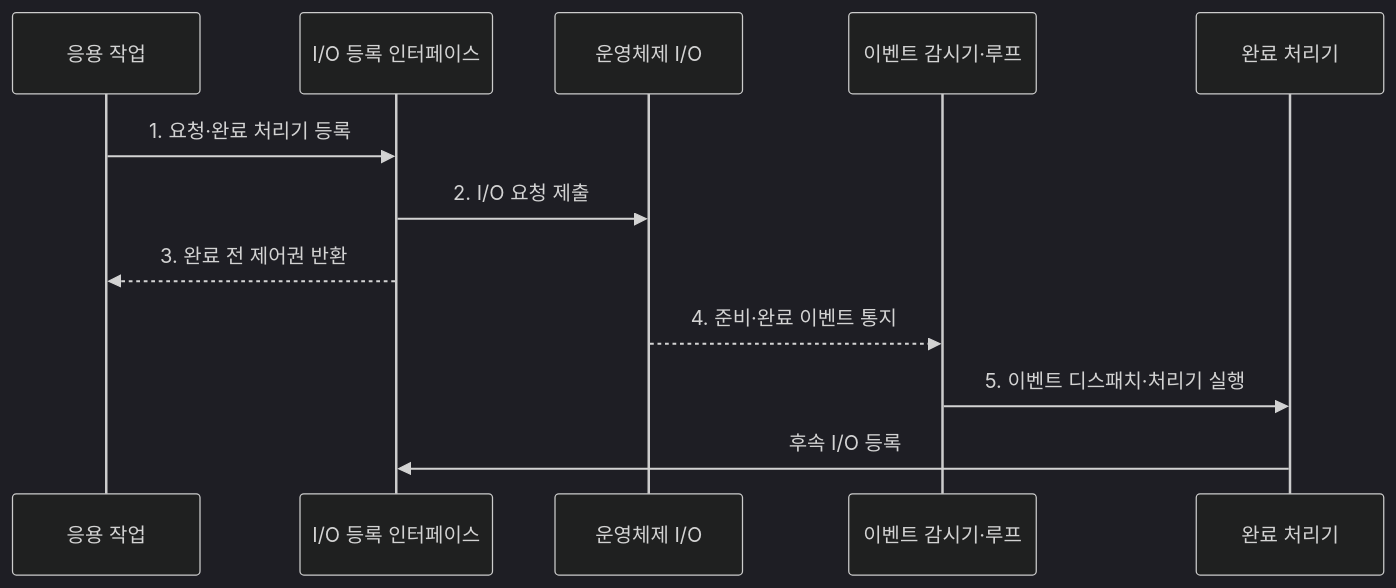
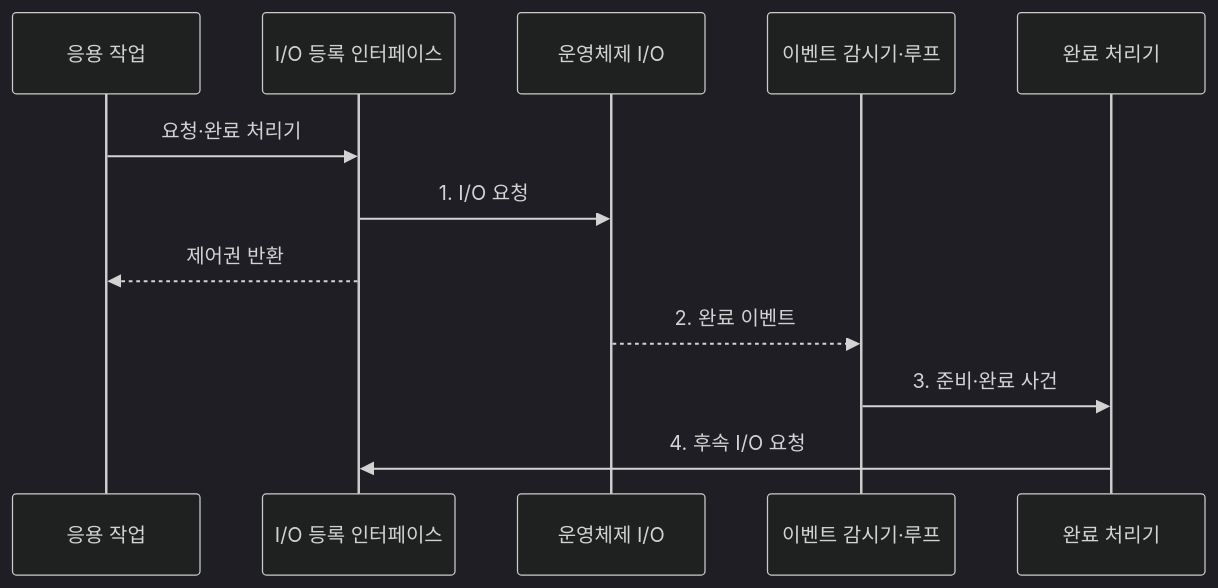
The second of 2 diagrams in src/content/docs/notes/03-software/026_async_io_event_loop.md (agnusdei1207/knowledge-base), drawn with Mermaid (dark theme) before and after one commit. The commit also changed other lines of this file and 20 other files, not shown here.

````diff
--- a/src/content/docs/notes/03-software/026_async_io_event_loop.md
+++ b/src/content/docs/notes/03-software/026_async_io_event_loop.md
@@ -89,14 +95,14 @@
 ```mermaid
 sequenceDiagram
     participant A as 응용 작업
     participant I as I/O 등록 인터페이스
     participant K as 운영체제 I/O
     participant L as 이벤트 감시기·루프
     participant H as 완료 처리기
-    A->>I: 1. 요청·완료 처리기 등록
-    I->>K: 2. I/O 요청 제출
-    I-->>A: 3. 완료 전 제어권 반환
-    K-->>L: 4. 준비·완료 이벤트 통지
-    L->>H: 5. 이벤트 디스패치·처리기 실행
-    H->>I: 후속 I/O 등록
+    A->>I: 요청·완료 처리기
+    I->>K: 1. I/O 요청
+    I-->>A: 제어권 반환
+    K-->>L: 2. 완료 이벤트
+    L->>H: 3. 준비·완료 사건
+    H->>I: 4. 후속 I/O 요청
 ```
````
